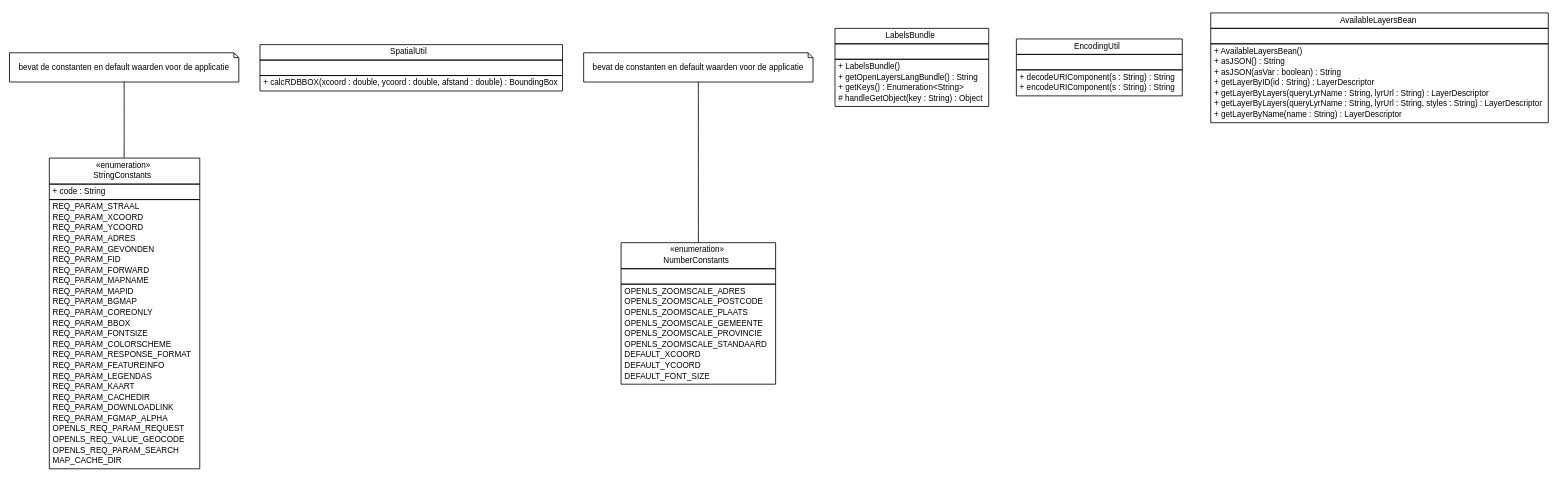
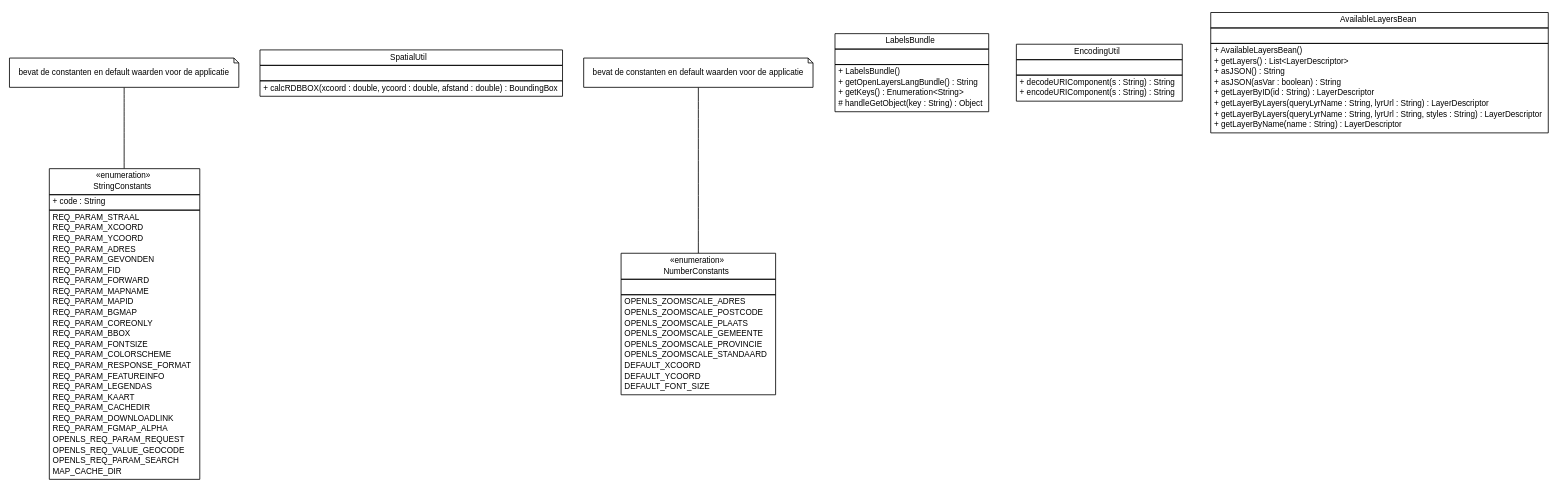
The diagram in apidocs/nl/mineleni/cbsviewer/util/nl.mineleni.cbsviewer.util.dot (MinELenI/CBSviewer), drawn with Graphviz before and after one commit. The commit also changed 389 other files, not shown here.

```diff
--- a/apidocs/nl/mineleni/cbsviewer/util/nl.mineleni.cbsviewer.util.dot
+++ b/apidocs/nl/mineleni/cbsviewer/util/nl.mineleni.cbsviewer.util.dot
@@ -1,142 +1,143 @@
 #!/usr/local/bin/dot
 #
 # Class diagram 
 # Generated by UMLGraph version R5_6 (http://www.umlgraph.org/)
 #
 
 digraph G {
 	edge [fontname="arial",fontsize=10,labelfontname="arial",labelfontsize=10];
 	node [fontname="arial",fontsize=10,shape=plaintext];
 	nodesep=0.25;
 	ranksep=0.5;
 	// nl.mineleni.cbsviewer.util.StringConstants
 	c255 [label=<<table title="nl.mineleni.cbsviewer.util.StringConstants" border="0" cellborder="1" cellspacing="0" cellpadding="2" port="p" href="./StringConstants.html">
 		<tr><td><table border="0" cellspacing="0" cellpadding="1">
 <tr><td align="center" balign="center"> &#171;enumeration&#187; </td></tr>
 <tr><td align="center" balign="center"> StringConstants </td></tr>
 		</table></td></tr>
 		<tr><td><table border="0" cellspacing="0" cellpadding="1">
 <tr><td align="left" balign="left"> + code : String </td></tr>
 		</table></td></tr>
 		<tr><td><table border="0" cellspacing="0" cellpadding="1">
 <tr><td align="left" balign="left"> REQ_PARAM_STRAAL </td></tr>
 <tr><td align="left" balign="left"> REQ_PARAM_XCOORD </td></tr>
 <tr><td align="left" balign="left"> REQ_PARAM_YCOORD </td></tr>
 <tr><td align="left" balign="left"> REQ_PARAM_ADRES </td></tr>
 <tr><td align="left" balign="left"> REQ_PARAM_GEVONDEN </td></tr>
 <tr><td align="left" balign="left"> REQ_PARAM_FID </td></tr>
 <tr><td align="left" balign="left"> REQ_PARAM_FORWARD </td></tr>
 <tr><td align="left" balign="left"> REQ_PARAM_MAPNAME </td></tr>
 <tr><td align="left" balign="left"> REQ_PARAM_MAPID </td></tr>
 <tr><td align="left" balign="left"> REQ_PARAM_BGMAP </td></tr>
 <tr><td align="left" balign="left"> REQ_PARAM_COREONLY </td></tr>
 <tr><td align="left" balign="left"> REQ_PARAM_BBOX </td></tr>
 <tr><td align="left" balign="left"> REQ_PARAM_FONTSIZE </td></tr>
 <tr><td align="left" balign="left"> REQ_PARAM_COLORSCHEME </td></tr>
 <tr><td align="left" balign="left"> REQ_PARAM_RESPONSE_FORMAT </td></tr>
 <tr><td align="left" balign="left"> REQ_PARAM_FEATUREINFO </td></tr>
 <tr><td align="left" balign="left"> REQ_PARAM_LEGENDAS </td></tr>
 <tr><td align="left" balign="left"> REQ_PARAM_KAART </td></tr>
 <tr><td align="left" balign="left"> REQ_PARAM_CACHEDIR </td></tr>
 <tr><td align="left" balign="left"> REQ_PARAM_DOWNLOADLINK </td></tr>
 <tr><td align="left" balign="left"> REQ_PARAM_FGMAP_ALPHA </td></tr>
 <tr><td align="left" balign="left"> OPENLS_REQ_PARAM_REQUEST </td></tr>
 <tr><td align="left" balign="left"> OPENLS_REQ_VALUE_GEOCODE </td></tr>
 <tr><td align="left" balign="left"> OPENLS_REQ_PARAM_SEARCH </td></tr>
 <tr><td align="left" balign="left"> MAP_CACHE_DIR </td></tr>
 		</table></td></tr>
 		</table>>, URL="./StringConstants.html", fontname="arial", fontcolor="black", fontsize=10.0];
 	// Note annotation
 	n0cc255 [label=<<table title="nl.mineleni.cbsviewer.util.StringConstants" border="0" cellborder="0" cellspacing="0" cellpadding="2" port="p" href="./StringConstants.html">
 		<tr><td><table border="0" cellspacing="0" cellpadding="1">
 <tr><td align="left" balign="left"> bevat de constanten en default waarden voor de applicatie </td></tr>
 		</table></td></tr>
 		</table>>, fontname="arial", fontcolor="black", fontsize=10.0, shape=note];
 	n0cc255 -> c255:p[arrowhead=none];
 	// nl.mineleni.cbsviewer.util.SpatialUtil
 	c256 [label=<<table title="nl.mineleni.cbsviewer.util.SpatialUtil" border="0" cellborder="1" cellspacing="0" cellpadding="2" port="p" href="./SpatialUtil.html">
 		<tr><td><table border="0" cellspacing="0" cellpadding="1">
 <tr><td align="center" balign="center"> SpatialUtil </td></tr>
 		</table></td></tr>
 		<tr><td><table border="0" cellspacing="0" cellpadding="1">
 <tr><td align="left" balign="left">  </td></tr>
 		</table></td></tr>
 		<tr><td><table border="0" cellspacing="0" cellpadding="1">
 <tr><td align="left" balign="left"> + calcRDBBOX(xcoord : double, ycoord : double, afstand : double) : BoundingBox </td></tr>
 		</table></td></tr>
 		</table>>, URL="./SpatialUtil.html", fontname="arial", fontcolor="black", fontsize=10.0];
 	// nl.mineleni.cbsviewer.util.NumberConstants
 	c257 [label=<<table title="nl.mineleni.cbsviewer.util.NumberConstants" border="0" cellborder="1" cellspacing="0" cellpadding="2" port="p" href="./NumberConstants.html">
 		<tr><td><table border="0" cellspacing="0" cellpadding="1">
 <tr><td align="center" balign="center"> &#171;enumeration&#187; </td></tr>
 <tr><td align="center" balign="center"> NumberConstants </td></tr>
 		</table></td></tr>
 		<tr><td><table border="0" cellspacing="0" cellpadding="1">
 <tr><td align="left" balign="left">  </td></tr>
 		</table></td></tr>
 		<tr><td><table border="0" cellspacing="0" cellpadding="1">
 <tr><td align="left" balign="left"> OPENLS_ZOOMSCALE_ADRES </td></tr>
 <tr><td align="left" balign="left"> OPENLS_ZOOMSCALE_POSTCODE </td></tr>
 <tr><td align="left" balign="left"> OPENLS_ZOOMSCALE_PLAATS </td></tr>
 <tr><td align="left" balign="left"> OPENLS_ZOOMSCALE_GEMEENTE </td></tr>
 <tr><td align="left" balign="left"> OPENLS_ZOOMSCALE_PROVINCIE </td></tr>
 <tr><td align="left" balign="left"> OPENLS_ZOOMSCALE_STANDAARD </td></tr>
 <tr><td align="left" balign="left"> DEFAULT_XCOORD </td></tr>
 <tr><td align="left" balign="left"> DEFAULT_YCOORD </td></tr>
 <tr><td align="left" balign="left"> DEFAULT_FONT_SIZE </td></tr>
 		</table></td></tr>
 		</table>>, URL="./NumberConstants.html", fontname="arial", fontcolor="black", fontsize=10.0];
 	// Note annotation
 	n0cc257 [label=<<table title="nl.mineleni.cbsviewer.util.NumberConstants" border="0" cellborder="0" cellspacing="0" cellpadding="2" port="p" href="./NumberConstants.html">
 		<tr><td><table border="0" cellspacing="0" cellpadding="1">
 <tr><td align="left" balign="left"> bevat de constanten en default waarden voor de applicatie </td></tr>
 		</table></td></tr>
 		</table>>, fontname="arial", fontcolor="black", fontsize=10.0, shape=note];
 	n0cc257 -> c257:p[arrowhead=none];
 	// nl.mineleni.cbsviewer.util.LabelsBundle
 	c258 [label=<<table title="nl.mineleni.cbsviewer.util.LabelsBundle" border="0" cellborder="1" cellspacing="0" cellpadding="2" port="p" href="./LabelsBundle.html">
 		<tr><td><table border="0" cellspacing="0" cellpadding="1">
 <tr><td align="center" balign="center"> LabelsBundle </td></tr>
 		</table></td></tr>
 		<tr><td><table border="0" cellspacing="0" cellpadding="1">
 <tr><td align="left" balign="left">  </td></tr>
 		</table></td></tr>
 		<tr><td><table border="0" cellspacing="0" cellpadding="1">
 <tr><td align="left" balign="left"> + LabelsBundle() </td></tr>
 <tr><td align="left" balign="left"> + getOpenLayersLangBundle() : String </td></tr>
 <tr><td align="left" balign="left"> + getKeys() : Enumeration&lt;String&gt; </td></tr>
 <tr><td align="left" balign="left"> # handleGetObject(key : String) : Object </td></tr>
 		</table></td></tr>
 		</table>>, URL="./LabelsBundle.html", fontname="arial", fontcolor="black", fontsize=10.0];
 	// nl.mineleni.cbsviewer.util.EncodingUtil
 	c259 [label=<<table title="nl.mineleni.cbsviewer.util.EncodingUtil" border="0" cellborder="1" cellspacing="0" cellpadding="2" port="p" href="./EncodingUtil.html">
 		<tr><td><table border="0" cellspacing="0" cellpadding="1">
 <tr><td align="center" balign="center"> EncodingUtil </td></tr>
 		</table></td></tr>
 		<tr><td><table border="0" cellspacing="0" cellpadding="1">
 <tr><td align="left" balign="left">  </td></tr>
 		</table></td></tr>
 		<tr><td><table border="0" cellspacing="0" cellpadding="1">
 <tr><td align="left" balign="left"> + decodeURIComponent(s : String) : String </td></tr>
 <tr><td align="left" balign="left"> + encodeURIComponent(s : String) : String </td></tr>
 		</table></td></tr>
 		</table>>, URL="./EncodingUtil.html", fontname="arial", fontcolor="black", fontsize=10.0];
 	// nl.mineleni.cbsviewer.util.AvailableLayersBean
 	c260 [label=<<table title="nl.mineleni.cbsviewer.util.AvailableLayersBean" border="0" cellborder="1" cellspacing="0" cellpadding="2" port="p" href="./AvailableLayersBean.html">
 		<tr><td><table border="0" cellspacing="0" cellpadding="1">
 <tr><td align="center" balign="center"> AvailableLayersBean </td></tr>
 		</table></td></tr>
 		<tr><td><table border="0" cellspacing="0" cellpadding="1">
 <tr><td align="left" balign="left">  </td></tr>
 		</table></td></tr>
 		<tr><td><table border="0" cellspacing="0" cellpadding="1">
 <tr><td align="left" balign="left"> + AvailableLayersBean() </td></tr>
+<tr><td align="left" balign="left"> + getLayers() : List&lt;LayerDescriptor&gt; </td></tr>
 <tr><td align="left" balign="left"> + asJSON() : String </td></tr>
 <tr><td align="left" balign="left"> + asJSON(asVar : boolean) : String </td></tr>
 <tr><td align="left" balign="left"> + getLayerByID(id : String) : LayerDescriptor </td></tr>
 <tr><td align="left" balign="left"> + getLayerByLayers(queryLyrName : String, lyrUrl : String) : LayerDescriptor </td></tr>
 <tr><td align="left" balign="left"> + getLayerByLayers(queryLyrName : String, lyrUrl : String, styles : String) : LayerDescriptor </td></tr>
 <tr><td align="left" balign="left"> + getLayerByName(name : String) : LayerDescriptor </td></tr>
 		</table></td></tr>
 		</table>>, URL="./AvailableLayersBean.html", fontname="arial", fontcolor="black", fontsize=10.0];
 }
```
